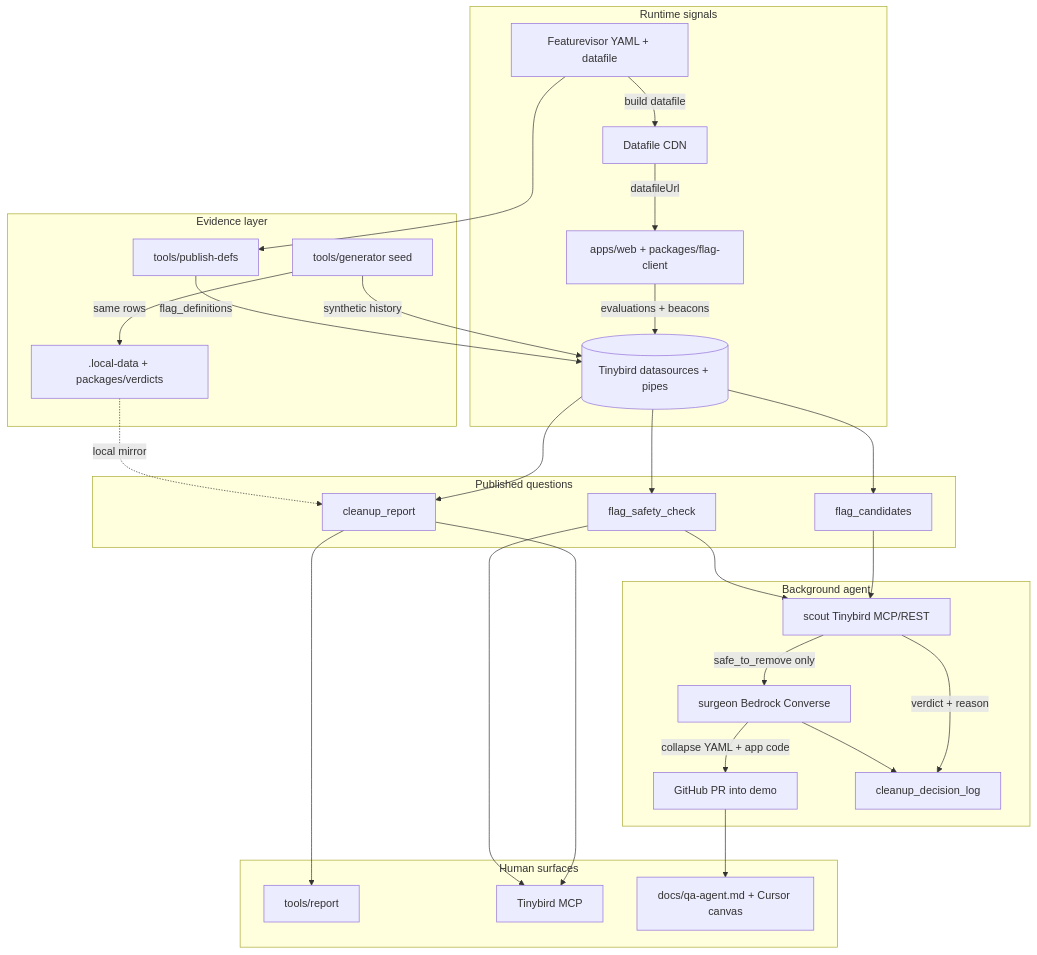
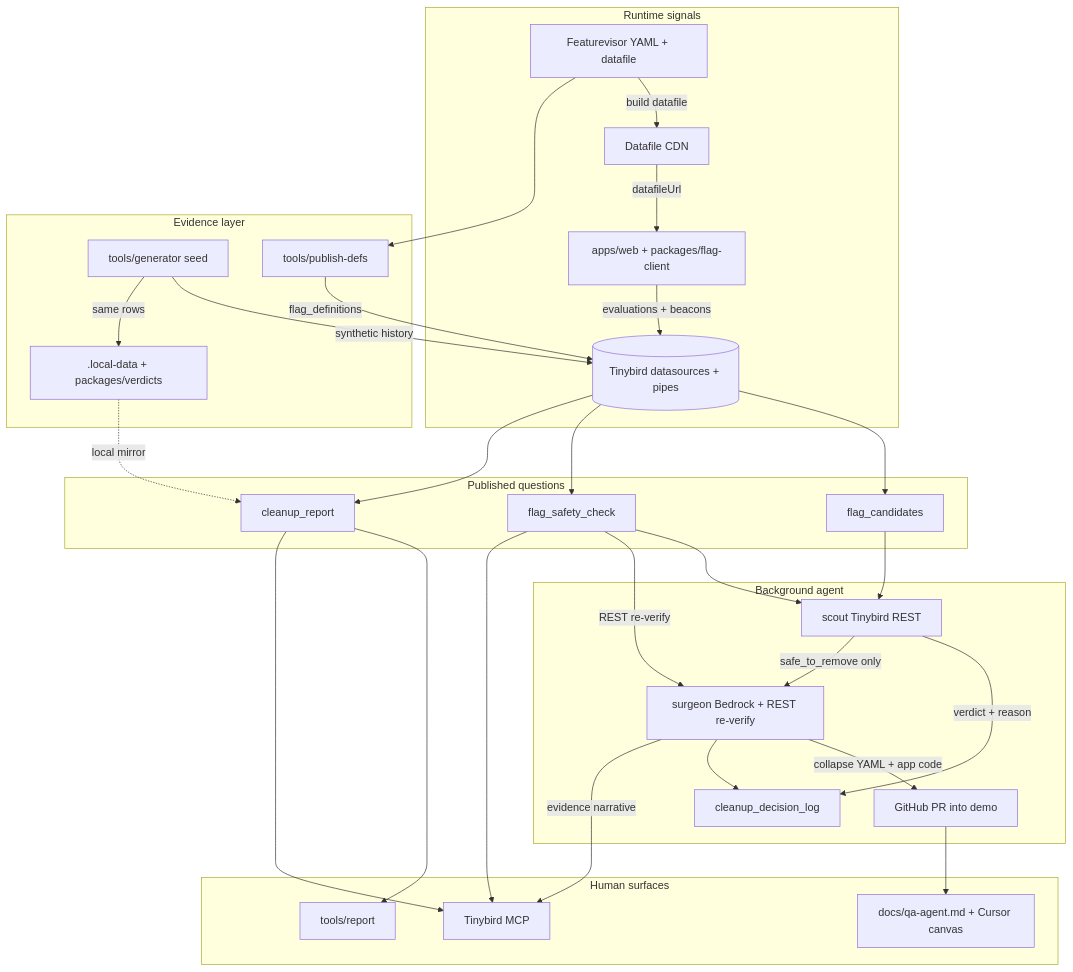
One commit to lucamezzalira/stale-flag-cleanup changed the first of 3 diagrams in README.md. Above: the diagram before and after it, drawn with Mermaid. The commit also changed other lines of this file and 17 other files, not shown here.

First line of the commit message:
Align Tinybird access: REST for code, MCP for model evidence.

````diff
--- a/README.md
+++ b/README.md
@@ -16,55 +16,57 @@
 ```mermaid
 flowchart TB
   subgraph runtime [Runtime signals]
     FV[Featurevisor YAML + datafile]
     WEB[apps/web + packages/flag-client]
     CDN[Datafile CDN]
     FV -->|build datafile| CDN
     CDN -->|datafileUrl| WEB
     WEB -->|evaluations + beacons| TB
   end
 
   subgraph evidence [Evidence layer]
     GEN[tools/generator seed]
     DEFS[tools/publish-defs]
     TB[(Tinybird datasources + pipes)]
     LOCAL[.local-data + packages/verdicts]
     GEN -->|synthetic history| TB
     GEN -->|same rows| LOCAL
     DEFS -->|flag_definitions| TB
     FV --> DEFS
   end
 
   subgraph questions [Published questions]
     CAND[flag_candidates]
     SAFE[flag_safety_check]
     RPT[cleanup_report]
     TB --> CAND
     TB --> SAFE
     TB --> RPT
     LOCAL -.local mirror.-> RPT
   end
 
   subgraph agent [Background agent]
-    SCOUT[scout Tinybird MCP/REST]
-    SURG[surgeon Bedrock Converse]
+    SCOUT[scout Tinybird REST]
+    SURG[surgeon Bedrock + REST re-verify]
     GH[GitHub PR into demo]
     LOG[cleanup_decision_log]
     CAND --> SCOUT
     SAFE --> SCOUT
+    SAFE -->|REST re-verify| SURG
     SCOUT -->|verdict + reason| LOG
     SCOUT -->|safe_to_remove only| SURG
     SURG -->|collapse YAML + app code| GH
     SURG --> LOG
   end
 
   subgraph humans [Human surfaces]
     CLI[tools/report]
     MCP[Tinybird MCP]
     QA[docs/qa-agent.md + Cursor canvas]
     RPT --> CLI
     RPT --> MCP
     SAFE --> MCP
+    SURG -->|evidence narrative| MCP
     GH --> QA
   end
 ```
````
